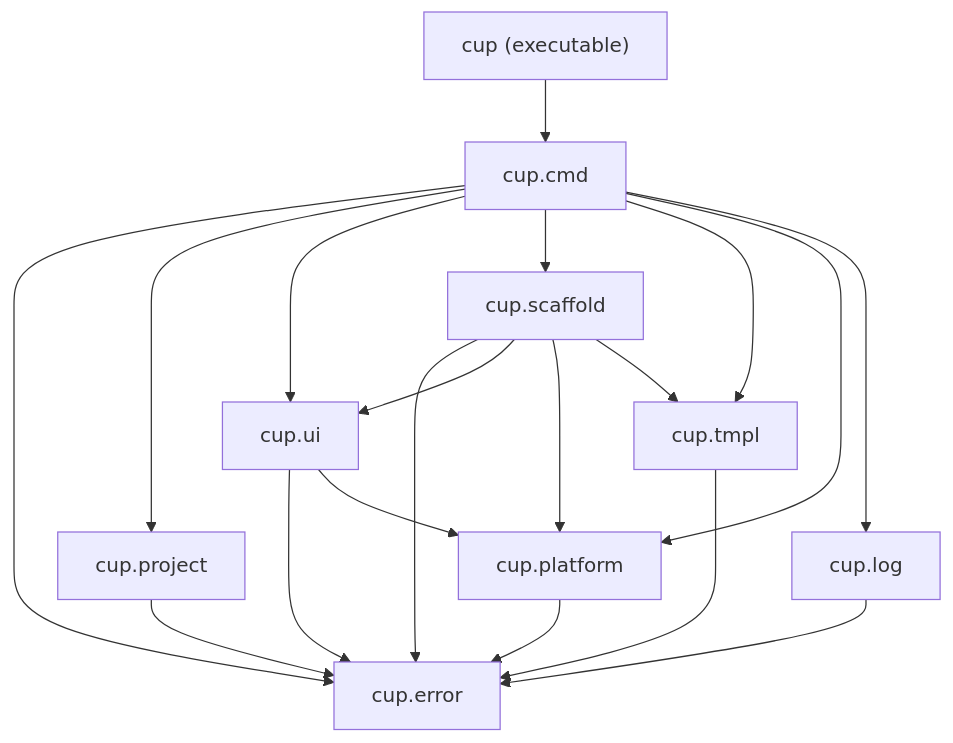
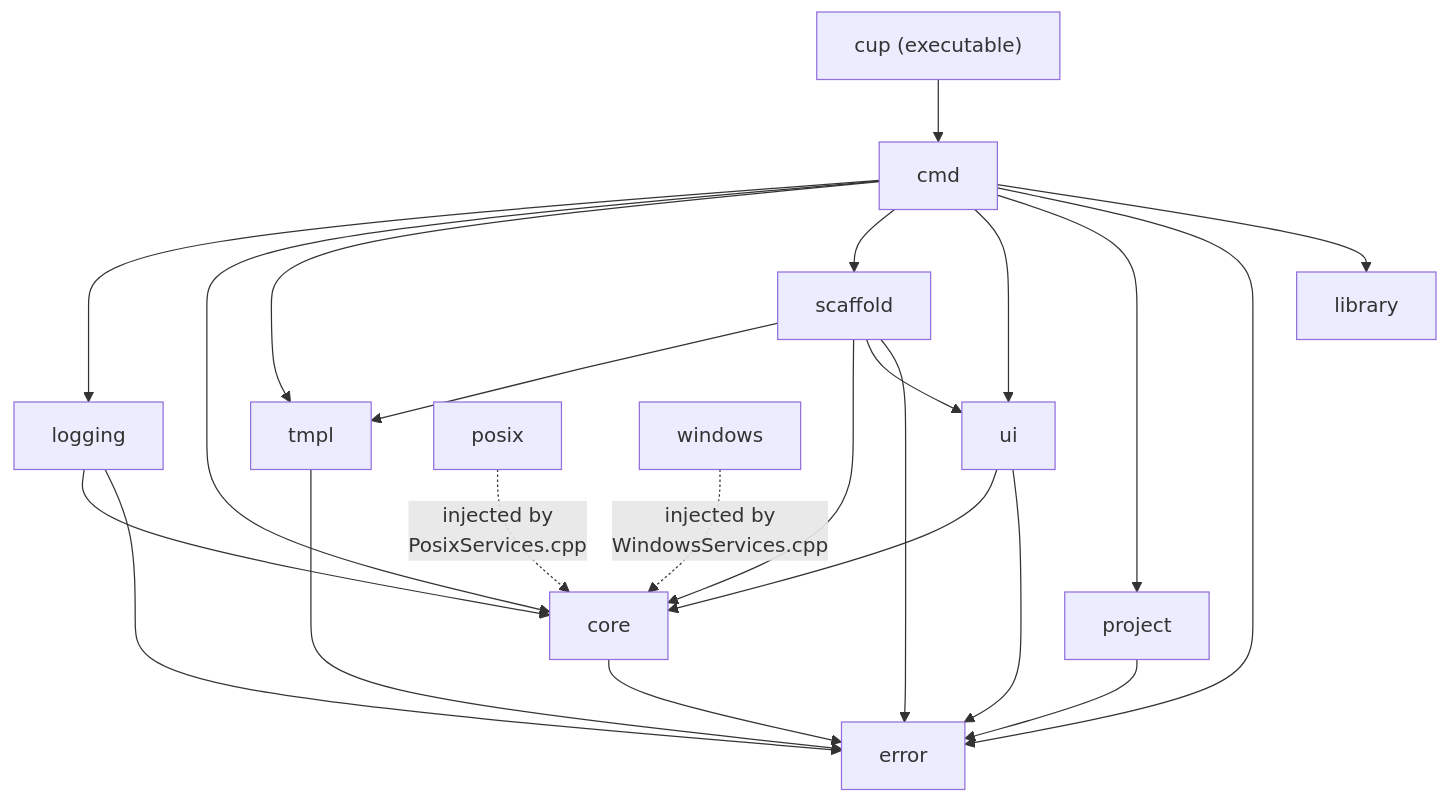
One commit to DrHurel/cup changed the first of 2 diagrams in README.md. Above: the diagram before and after it, drawn with Mermaid. The commit also changed other lines of this file and 243 other files, not shown here.

First line of the commit message:
feat: add `cup init` and native Windows support (#58)

````diff
--- a/README.md
+++ b/README.md
@@ -203,24 +296,28 @@
 ```mermaid
 graph TD
-    main["cup (executable)"] --> cmd[cup.cmd]
-    cmd --> error[cup.error]
-    cmd --> project[cup.project]
-    cmd --> ui[cup.ui]
-    cmd --> scaffold[cup.scaffold]
-    cmd --> tmpl[cup.tmpl]
-    cmd --> platform[cup.platform]
-    cmd --> log[cup.log]
+    main["cup (executable)"] --> cmd[cmd]
+    cmd --> library[library]
+    cmd --> error[error]
+    cmd --> project[project]
+    cmd --> ui[ui]
+    cmd --> scaffold[scaffold]
+    cmd --> tmpl[tmpl]
+    cmd --> platform[core]
+    cmd --> log[logging]
 
     scaffold --> error
     scaffold --> ui
     scaffold --> platform
     scaffold --> tmpl
 
     ui --> error
     ui --> platform
 
     log --> error
+    log --> platform
     platform --> error
+    posix["posix"] -. "injected by<br/>PosixServices.cpp" .-> platform
+    windows["windows"] -. "injected by<br/>WindowsServices.cpp" .-> platform
     project --> error
     tmpl --> error
 ```
````
